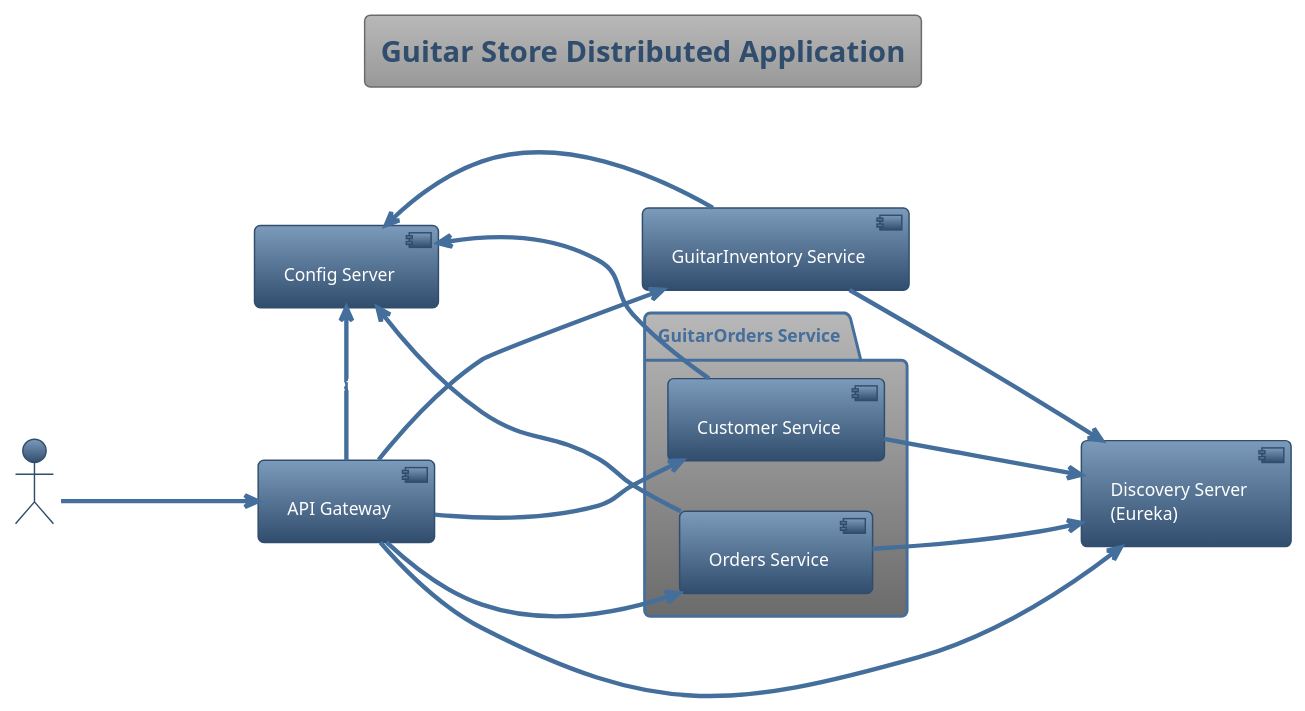
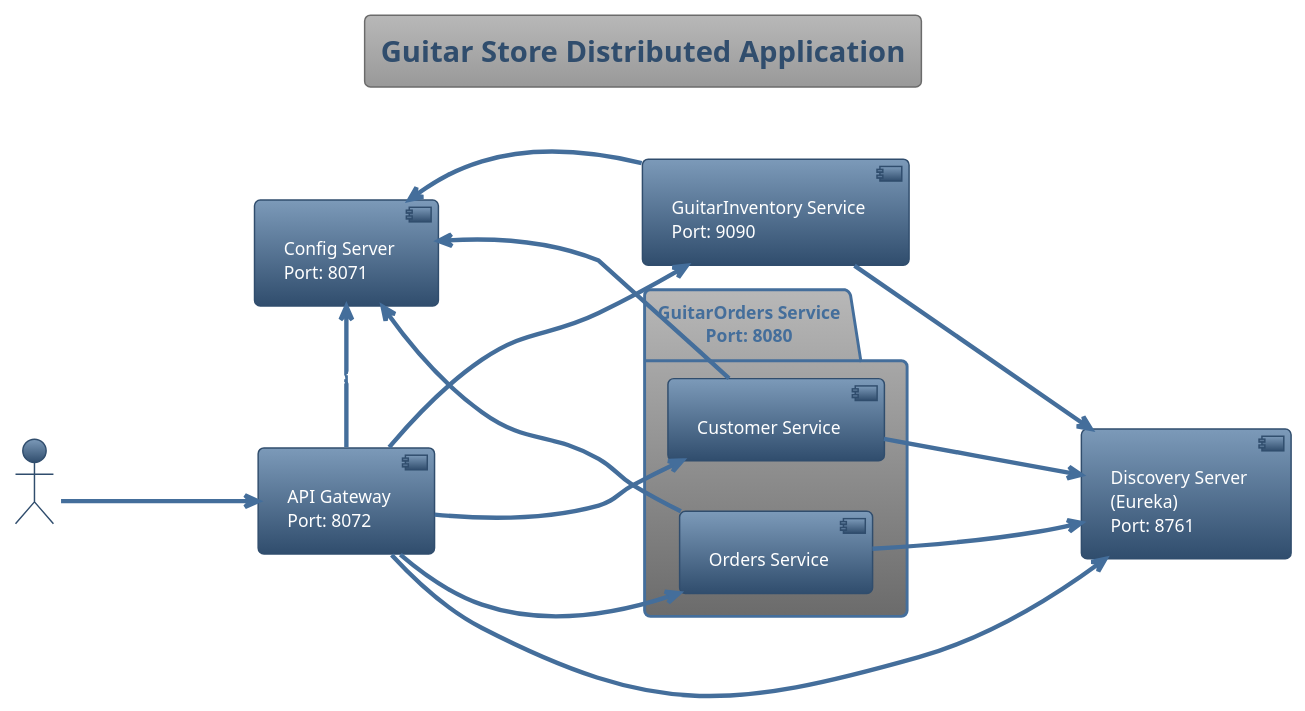
The diagram in docs/architecture2.puml (joeaoregan/TUS-26-MA-CA2-Distributed-Microservice-App), drawn with PlantUML before and after one commit. The commit also changed 1 other file, not shown here.

Commit message:
Diagrams: add ports to architecture diagram

```diff
--- a/docs/architecture2.puml
+++ b/docs/architecture2.puml
@@ -1,35 +1,35 @@
 @startuml
 !theme spacelab
 
 title Guitar Store Distributed Application
 
 left to right direction
 
 actor User
 
-[API Gateway] as Gateway
-[Discovery Server\n(Eureka)] as Eureka
-[Config Server] as Config
+[API Gateway\nPort: 8072] as Gateway
+[Discovery Server\n(Eureka)\nPort: 8761] as Eureka
+[Config Server\nPort: 8071] as Config
 
-package "GuitarOrders Service" {
+package "GuitarOrders Service\nPort: 8080" {
     [Customer Service] as Customer
     [Orders Service] as Orders
 }
 
-[GuitarInventory Service] as Inventory
+[GuitarInventory Service\nPort: 9090] as Inventory
 
 User --> Gateway : HTTP/REST
 Gateway --> Customer : Requests
 Gateway --> Orders : Requests
 Gateway --> Inventory : Requests
 
 Customer -down-> Eureka : Register
 Orders -down-> Eureka : Register
 Inventory -down-> Eureka : Register
 Gateway -right-> Eureka : Discover
 
 Customer -left-> Config : Config fetch
 Orders -left-> Config : Config fetch
 Inventory -left-> Config : Config fetch
 Gateway -left-> Config : Config fetch
 @enduml
```
